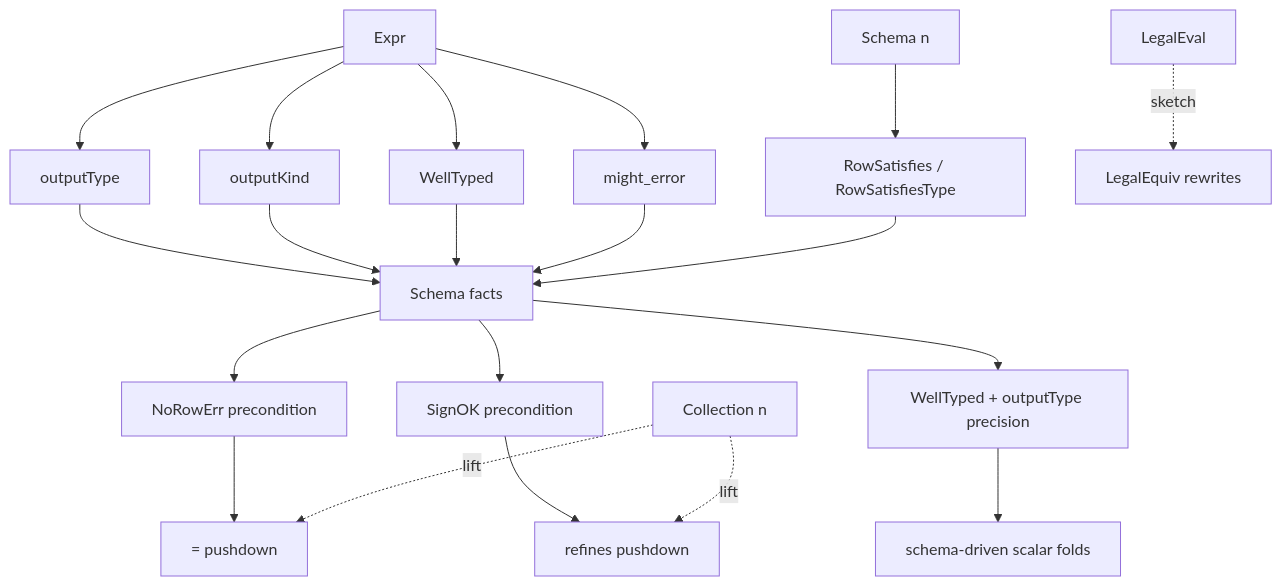
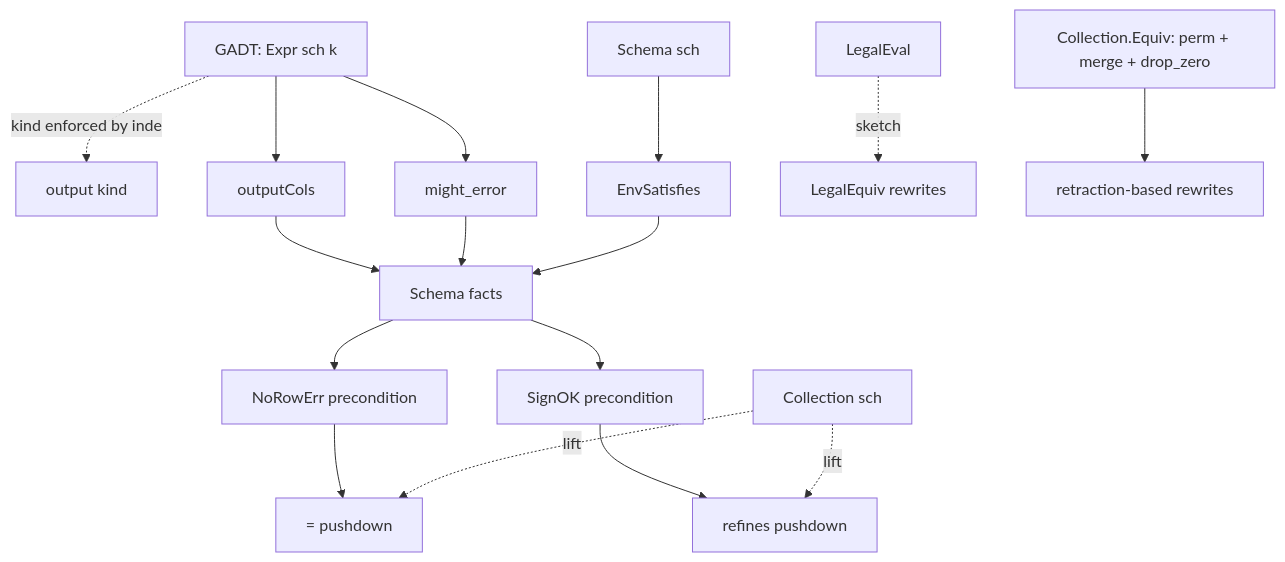
One commit to MaterializeInc/materialize changed the diagram in doc/developer/semantics/model.md. Above: the diagram before and after it, drawn with Mermaid. The commit also changed other lines of this file and 1 other file, not shown here.

First line of the commit message:
doc/semantics: docs for GADT migration (T20)

````diff
--- a/doc/developer/semantics/model.md
+++ b/doc/developer/semantics/model.md
@@ -59,22 +89,18 @@
 ```mermaid
 flowchart TD
-  E[Expr] --> OT[outputType]
-  E --> OK[outputKind]
-  E --> WT[WellTyped]
-  E --> ME[might_error]
-  S[Schema n] --> RS[RowSatisfies / RowSatisfiesType]
-  OT --> SF[Schema facts]
-  OK --> SF
-  WT --> SF
+  T[GADT: Expr sch k] -.kind enforced by index.-> K[output kind]
+  T --> OC[outputCols]
+  T --> ME[might_error]
+  S[Schema sch] --> ES[EnvSatisfies]
+  OC --> SF[Schema facts]
   ME --> SF
-  RS --> SF
+  ES --> SF
   SF --> P1[NoRowErr precondition]
   SF --> P2[SignOK precondition]
-  SF --> P3[WellTyped + outputType precision]
   P1 --> R1[= pushdown]
   P2 --> R2[refines pushdown]
-  P3 --> R3[schema-driven scalar folds]
-  C[Collection n] -.lift.-> R1
+  C[Collection sch] -.lift.-> R1
   C -.lift.-> R2
   L[LegalEval] -.sketch.-> R4[LegalEquiv rewrites]
+  CE[Collection.Equiv: perm + merge + drop_zero] --> R5[retraction-based rewrites]
 ```
````
